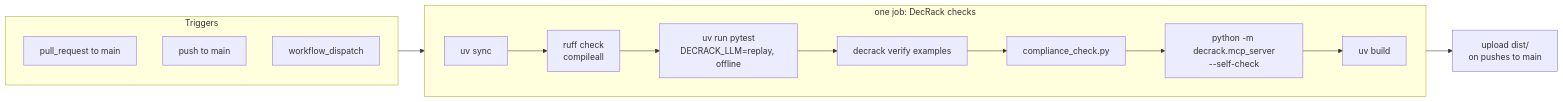
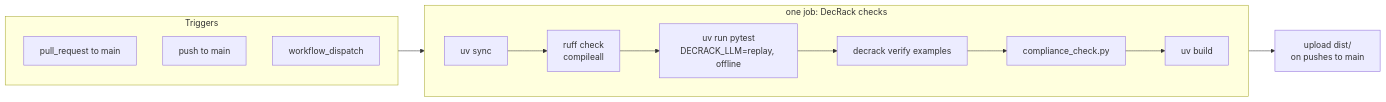
The eighth of 8 diagrams in docs/ARCHITECTURE.md (Madhav-GPT/DecRack), drawn with Mermaid before and after one commit. The commit also changed other lines of this file and 17 other files, not shown here.

````diff
--- a/docs/ARCHITECTURE.md
+++ b/docs/ARCHITECTURE.md
@@ -739,19 +759,18 @@
 ```mermaid
 flowchart LR
     subgraph TRIGGERS["Triggers"]
         T1["pull_request to main"]
         T2["push to main"]
         T3["workflow_dispatch"]
     end
     TRIGGERS --> JOB
     subgraph JOB["one job: DecRack checks"]
         direction LR
         S1["uv sync"] --> S2["ruff check<br/>compileall"]
         S2 --> S3["uv run pytest<br/>DECRACK_LLM=replay, offline"]
         S3 --> S4["decrack verify examples"]
         S4 --> S5["compliance_check.py"]
-        S5 --> S6["python -m decrack.mcp_server<br/>--self-check"]
-        S6 --> S7["uv build"]
+        S5 --> S7["uv build"]
     end
     JOB --> UP["upload dist/<br/>on pushes to main"]
 ```
````
